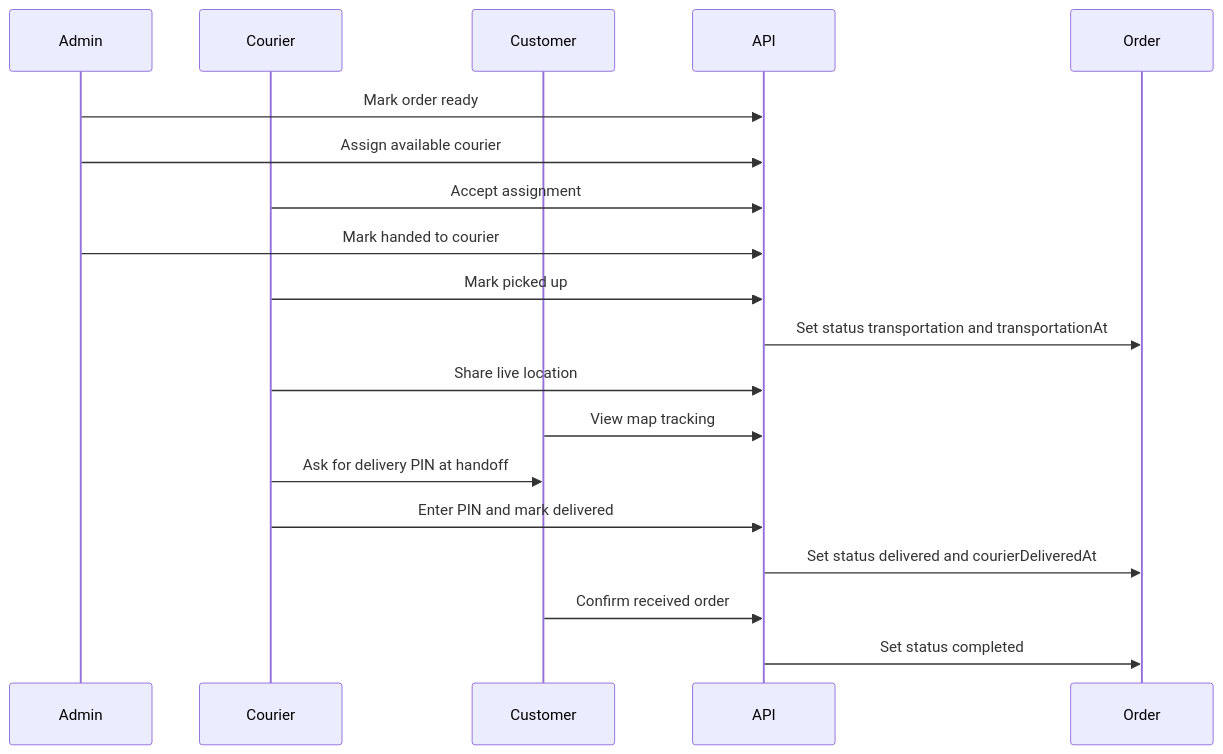
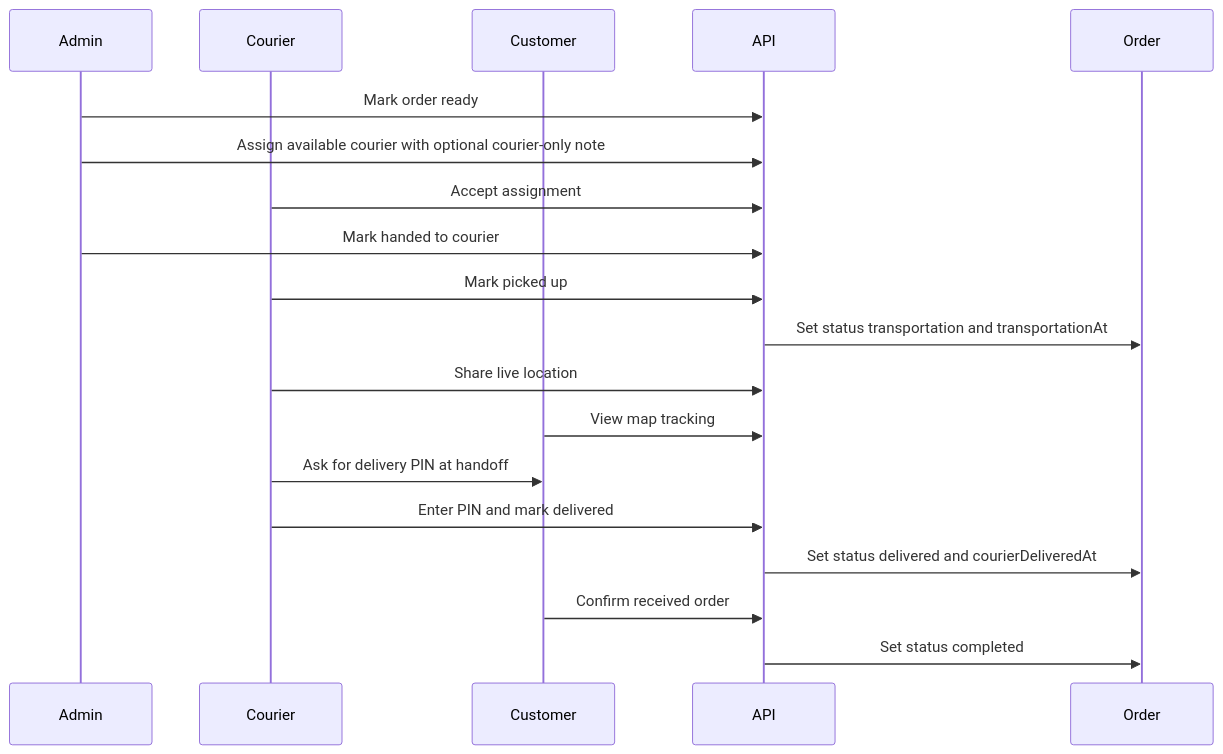
The seventh of 8 diagrams in ARCHITECTURE.md (kimamovic21/food-ordering-app-nextjs-cwd-yt-2023), drawn with Mermaid before and after one commit. The commit also changed other lines of this file and 27 other files, not shown here.

First line of the commit message:
Improve order timeline and dev testing controls

````diff
--- a/ARCHITECTURE.md
+++ b/ARCHITECTURE.md
@@ -225,22 +231,22 @@
 ```mermaid
 sequenceDiagram
   participant Admin
   participant Courier
   participant Customer
   participant API
   participant Order
 
   Admin->>API: Mark order ready
-  Admin->>API: Assign available courier
+  Admin->>API: Assign available courier with optional courier-only note
   Courier->>API: Accept assignment
   Admin->>API: Mark handed to courier
   Courier->>API: Mark picked up
   API->>Order: Set status transportation and transportationAt
   Courier->>API: Share live location
   Customer->>API: View map tracking
   Courier->>Customer: Ask for delivery PIN at handoff
   Courier->>API: Enter PIN and mark delivered
   API->>Order: Set status delivered and courierDeliveredAt
   Customer->>API: Confirm received order
   API->>Order: Set status completed
 ```
````
